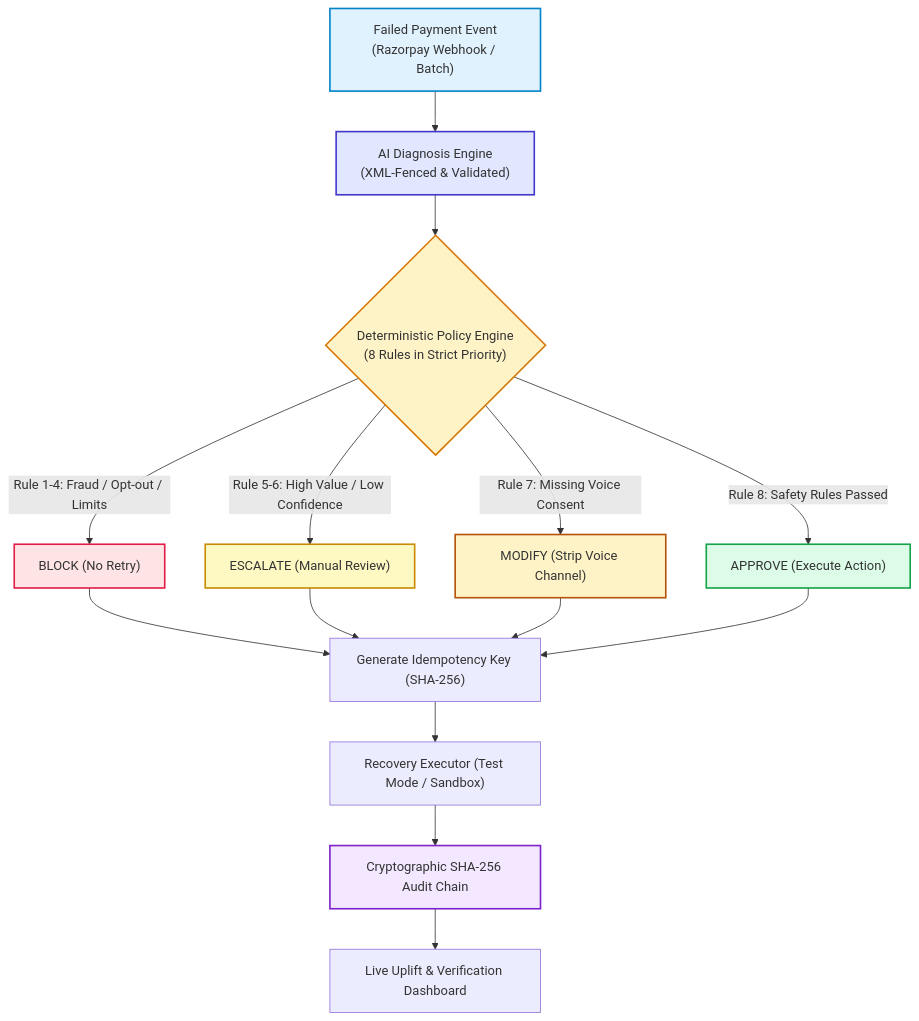
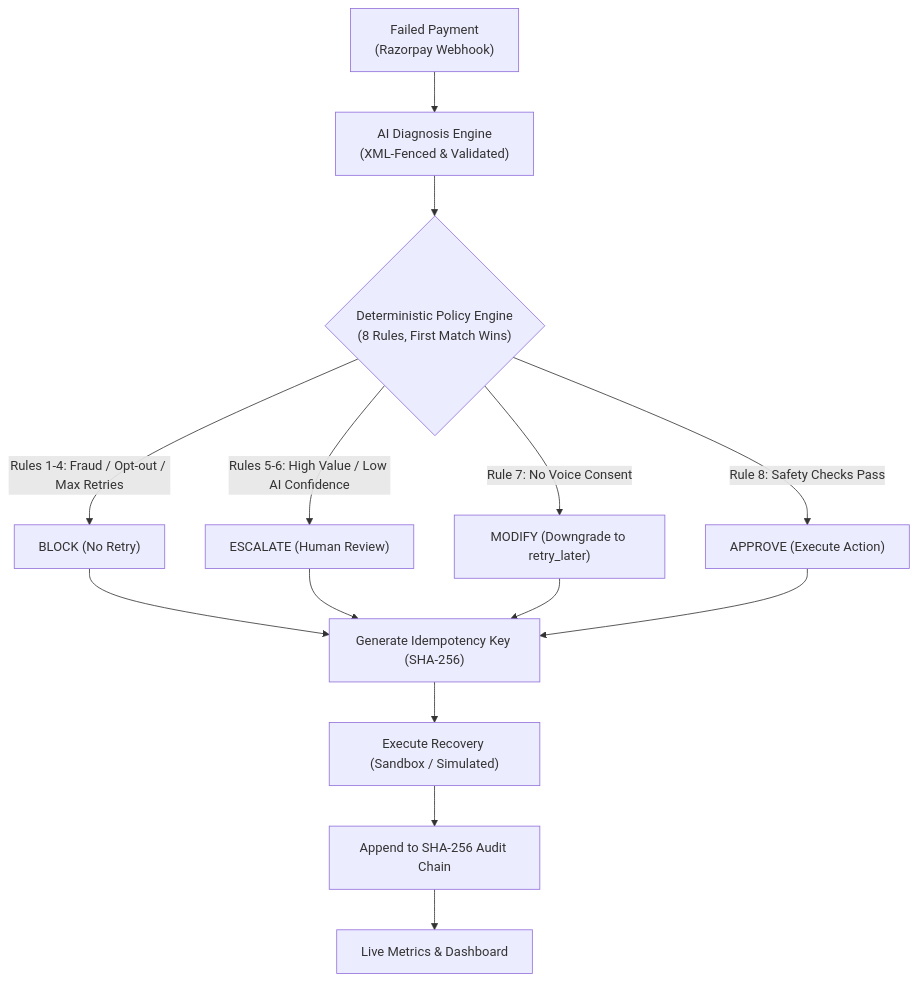
The diagram in README.md (anishahuja1/RecoverIQ-policy-gated-recovery-agent), drawn with Mermaid before and after one commit. The commit also changed other lines of this file, not shown here.

````diff
--- a/README.md
+++ b/README.md
@@ -48,28 +43,19 @@
 ```mermaid
 graph TD
-    A["Failed Payment Event<br/>(Razorpay Webhook / Batch)"] --> B["AI Diagnosis Engine<br/>(XML-Fenced & Validated)"]
-    B --> C{"Deterministic Policy Engine<br/>(8 Rules in Strict Priority)"}
+    A["Failed Payment<br/>(Razorpay Webhook)"] --> B["AI Diagnosis Engine<br/>(XML-Fenced & Validated)"]
+    B --> C{"Deterministic Policy Engine<br/>(8 Rules, First Match Wins)"}
     
-    C -->|"Rule 1-4: Fraud / Opt-out / Limits"| D["BLOCK (No Retry)"]
-    C -->|"Rule 5-6: High Value / Low Confidence"| E["ESCALATE (Manual Review)"]
-    C -->|"Rule 7: Missing Voice Consent"| F["MODIFY (Strip Voice Channel)"]
-    C -->|"Rule 8: Safety Rules Passed"| G["APPROVE (Execute Action)"]
+    C -->|"Rules 1-4: Fraud / Opt-out / Max Retries"| D["BLOCK (No Retry)"]
+    C -->|"Rules 5-6: High Value / Low AI Confidence"| E["ESCALATE (Human Review)"]
+    C -->|"Rule 7: No Voice Consent"| F["MODIFY (Downgrade to retry_later)"]
+    C -->|"Rule 8: Safety Checks Pass"| G["APPROVE (Execute Action)"]
     
     D --> H["Generate Idempotency Key (SHA-256)"]
     E --> H
     F --> H
     G --> H
     
-    H --> I["Recovery Executor (Test Mode / Sandbox)"]
-    I --> J["Cryptographic SHA-256 Audit Chain"]
-    J --> K["Live Uplift & Verification Dashboard"]
-
-    style A fill:#e0f2fe,stroke:#0284c7,stroke-width:2px;
-    style B fill:#e0e7ff,stroke:#4338ca,stroke-width:2px;
-    style C fill:#fef3c7,stroke:#d97706,stroke-width:2px;
-    style D fill:#ffe4e6,stroke:#e11d48,stroke-width:2px;
-    style E fill:#fef9c3,stroke:#ca8a04,stroke-width:2px;
-    style F fill:#fef3c7,stroke:#b45309,stroke-width:2px;
-    style G fill:#dcfce7,stroke:#16a34a,stroke-width:2px;
-    style J fill:#f3e8ff,stroke:#7e22ce,stroke-width:2px;
+    H --> I["Execute Recovery (Sandbox / Simulated)"]
+    I --> J["Append to SHA-256 Audit Chain"]
+    J --> K["Live Metrics & Dashboard"]
 ```
````
